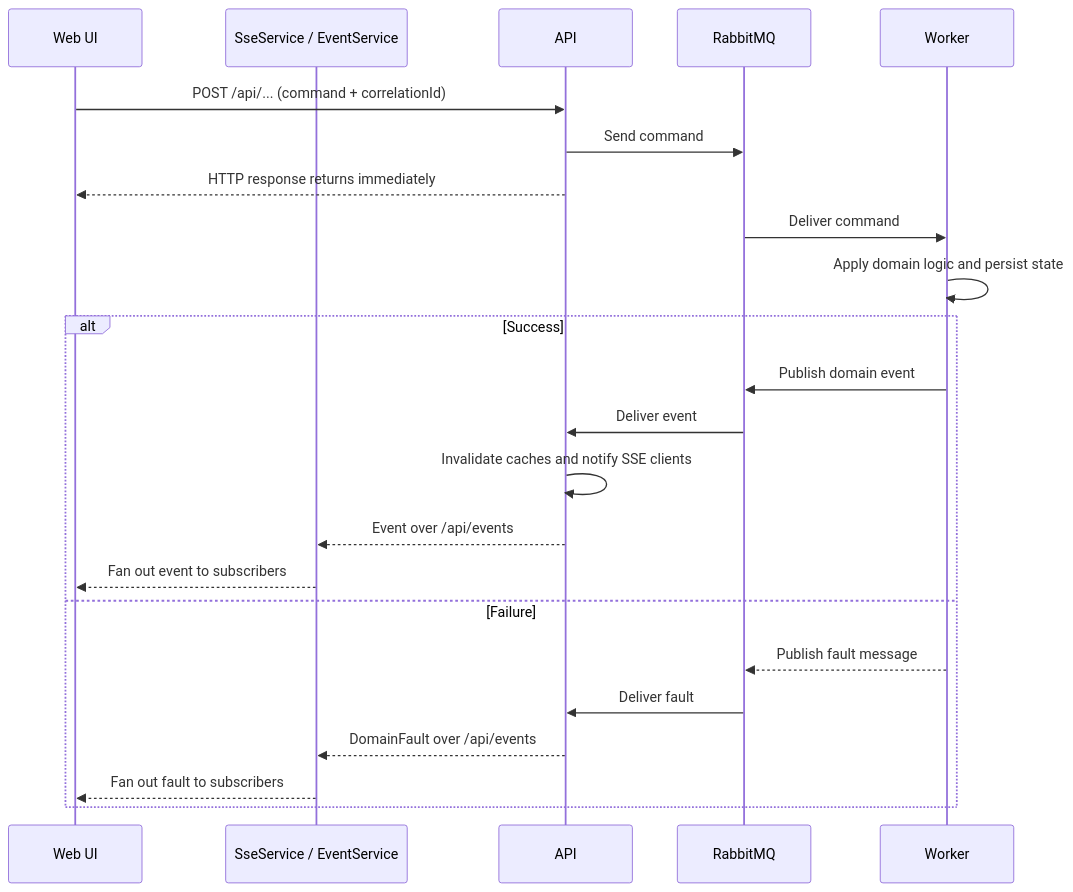
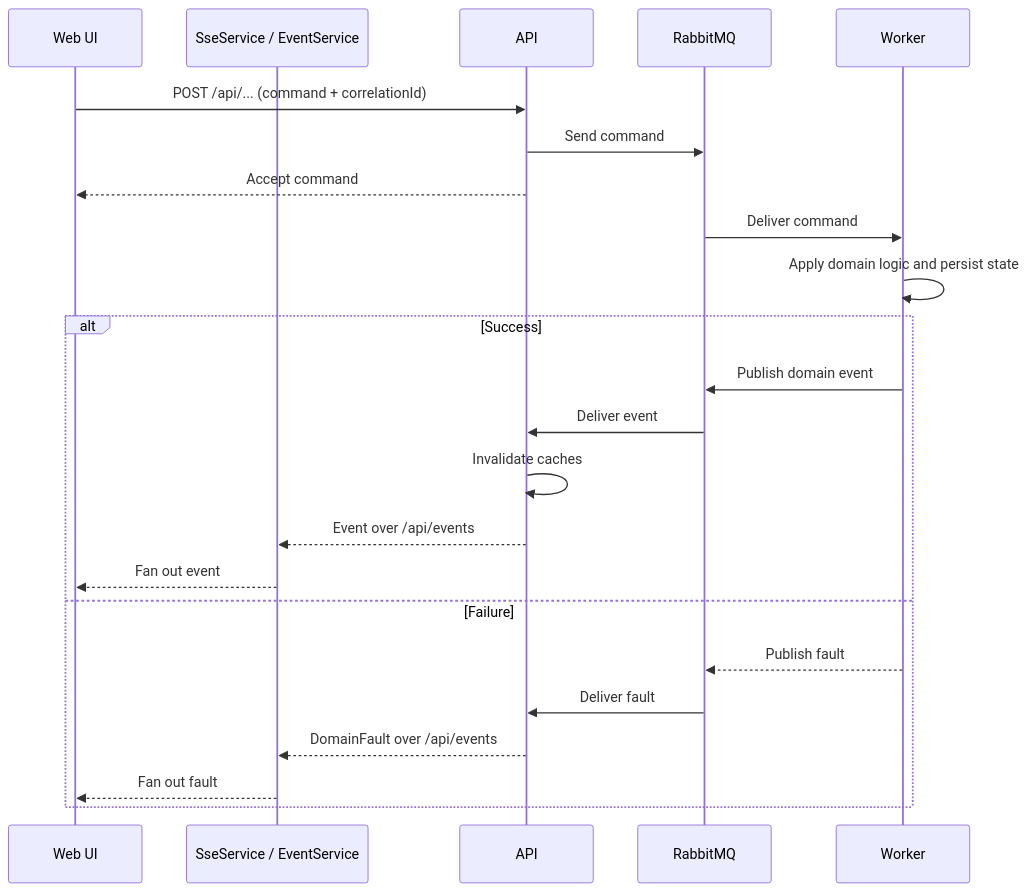
Before and after one commit to ftechmax/msa-templates: the diagram in docs/web.md, drawn with Mermaid. The commit also changed other lines of this file and 6 other files, not shown here.

````diff
--- a/docs/web.md
+++ b/docs/web.md
@@ -87,27 +51,27 @@
 ```mermaid
 sequenceDiagram
     participant UI as Web UI
     participant ES as SseService / EventService
     participant API as API
     participant MQ as RabbitMQ
     participant Worker as Worker
 
     UI->>API: POST /api/... (command + correlationId)
     API->>MQ: Send command
-    API-->>UI: HTTP response returns immediately
+    API-->>UI: Accept command
     MQ->>Worker: Deliver command
     Worker->>Worker: Apply domain logic and persist state
 
     alt Success
         Worker->>MQ: Publish domain event
         MQ->>API: Deliver event
-        API->>API: Invalidate caches and notify SSE clients
+        API->>API: Invalidate caches
         API-->>ES: Event over /api/events
-        ES-->>UI: Fan out event to subscribers
+        ES-->>UI: Fan out event
     else Failure
-        Worker-->>MQ: Publish fault message
+        Worker-->>MQ: Publish fault
         MQ->>API: Deliver fault
         API-->>ES: DomainFault over /api/events
-        ES-->>UI: Fan out fault to subscribers
+        ES-->>UI: Fan out fault
     end
 ```
````
